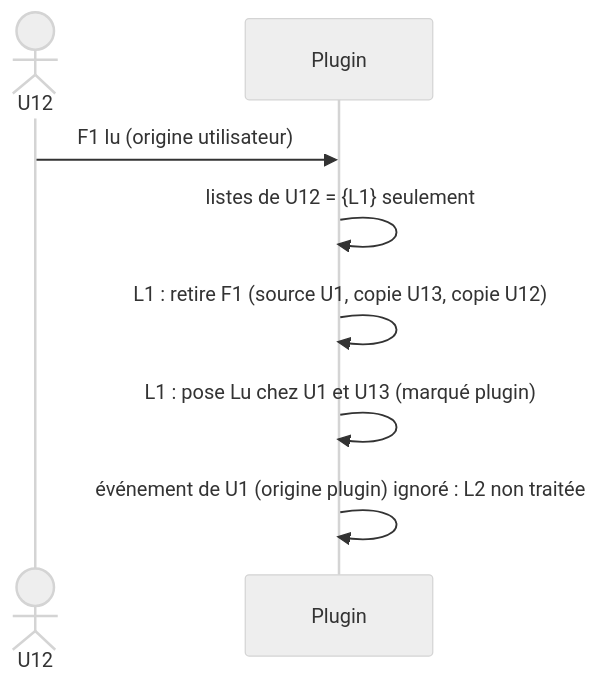
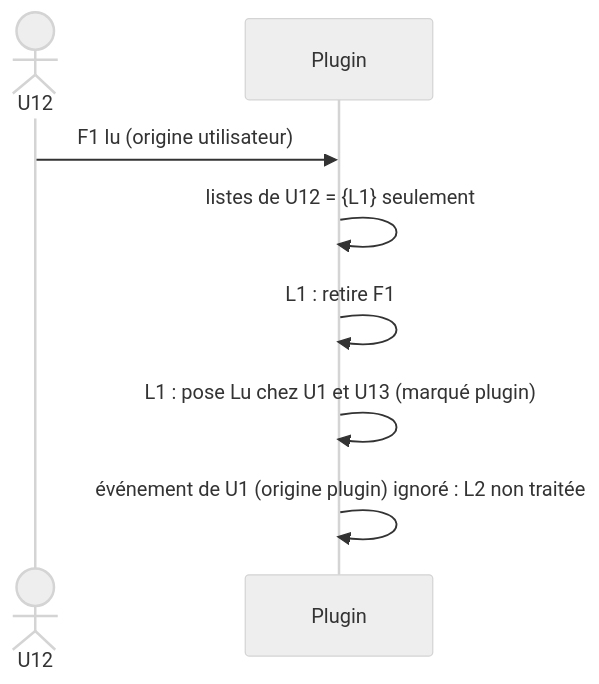
The third of 5 diagrams in docs/chronogrammes.md (CCoupel/Emby_PlaySync), drawn with Mermaid (neutral theme) before and after one commit. The commit also changed other lines of this file and 1 other file, not shown here.

````diff
--- a/docs/chronogrammes.md
+++ b/docs/chronogrammes.md
@@ -176,10 +206,10 @@
 ```mermaid
 sequenceDiagram
     actor U12
     participant P as Plugin
     U12->>P: F1 lu (origine utilisateur)
     P->>P: listes de U12 = {L1} seulement
-    P->>P: L1 : retire F1 (source U1, copie U13, copie U12)
+    P->>P: L1 : retire F1
     P->>P: L1 : pose Lu chez U1 et U13 (marqué plugin)
     P->>P: événement de U1 (origine plugin) ignoré : L2 non traitée
 ```
````
